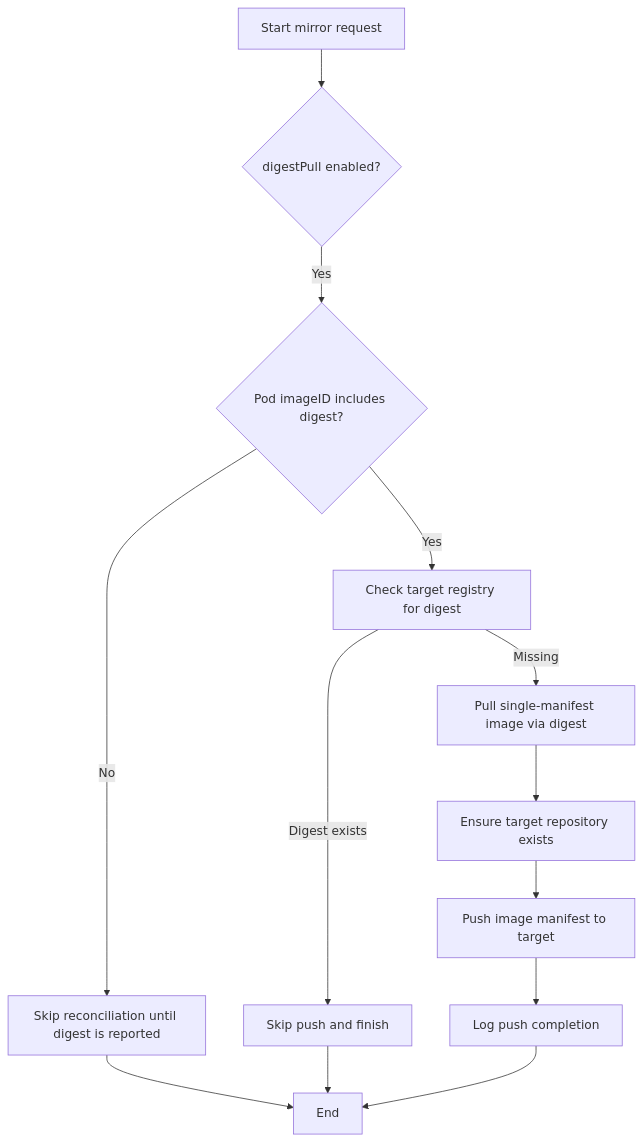
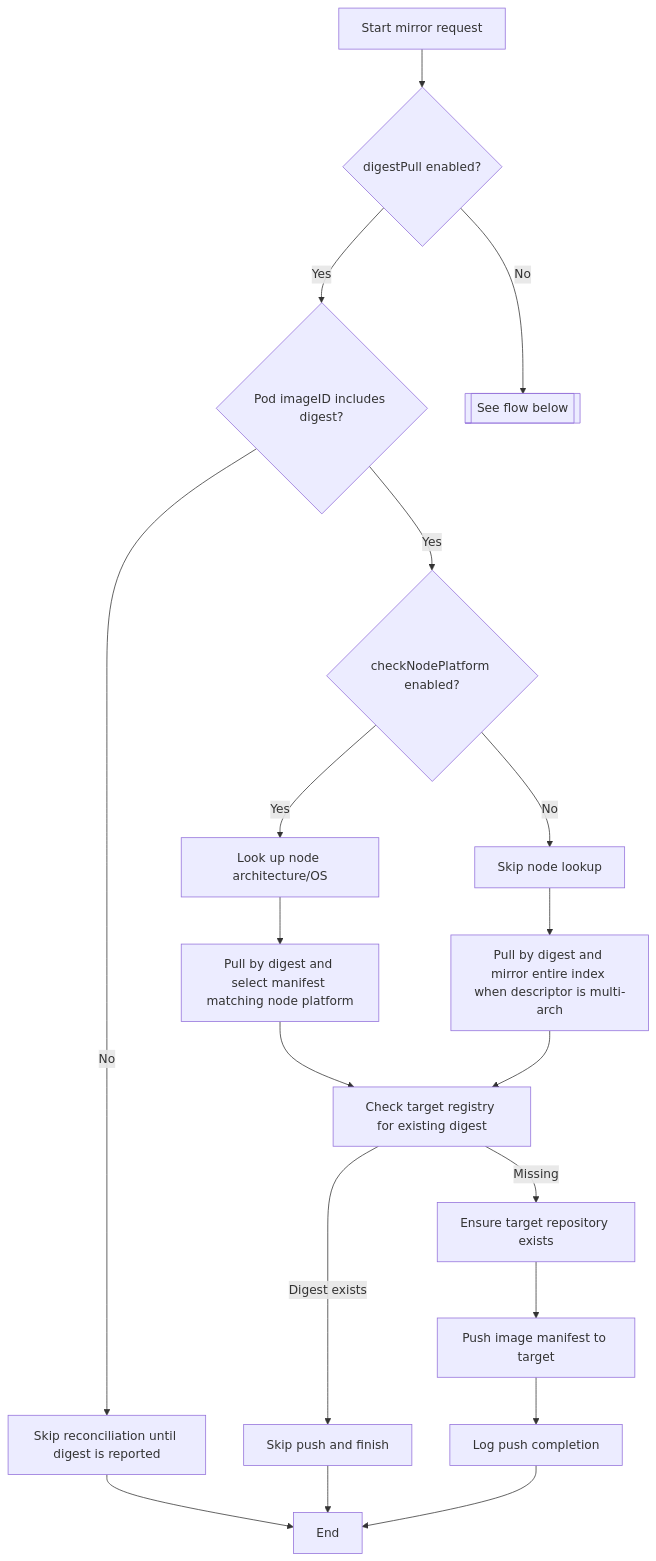
Before and after one commit to matzegebbe/k8s-copycat: the first of 2 diagrams in docs/mirroring-flow.md, drawn with Mermaid. The commit also changed other lines of this file and 9 other files, not shown here.

Commit message:
chore: allow node reads for platform checks

````diff
--- a/docs/mirroring-flow.md
+++ b/docs/mirroring-flow.md
@@ -3,16 +3,22 @@
 ```mermaid
 flowchart TD
     A[Start mirror request] --> B{digestPull enabled?}
     B -- Yes --> C{Pod imageID includes digest?}
     C -- No --> D[Skip reconciliation until digest is reported]
-    C -- Yes --> E[Check target registry for digest]
-    E -- Digest exists --> F[Skip push and finish]
-    E -- Missing --> G[Pull single-manifest image via digest]
-    G --> H[Ensure target repository exists]
-    H --> I[Push image manifest to target]
-    I --> J[Log push completion]
-    F --> K[End]
-    D --> K
-    J --> K
+    C -- Yes --> E{checkNodePlatform enabled?}
+    E -- Yes --> F[Look up node architecture/OS]
+    E -- No --> G[Skip node lookup]
+    F --> H[Pull by digest and select manifest matching node platform]
+    G --> I[Pull by digest and mirror entire index when descriptor is multi-arch]
+    H --> J[Check target registry for existing digest]
+    I --> J[Check target registry for existing digest]
+    J -- Digest exists --> K[Skip push and finish]
+    J -- Missing --> L[Ensure target repository exists]
+    L --> M[Push image manifest to target]
+    M --> N[Log push completion]
+    D --> O[End]
+    K --> O
+    N --> O
+    B -- No --> P[[See flow below]]
 
 ```
````
